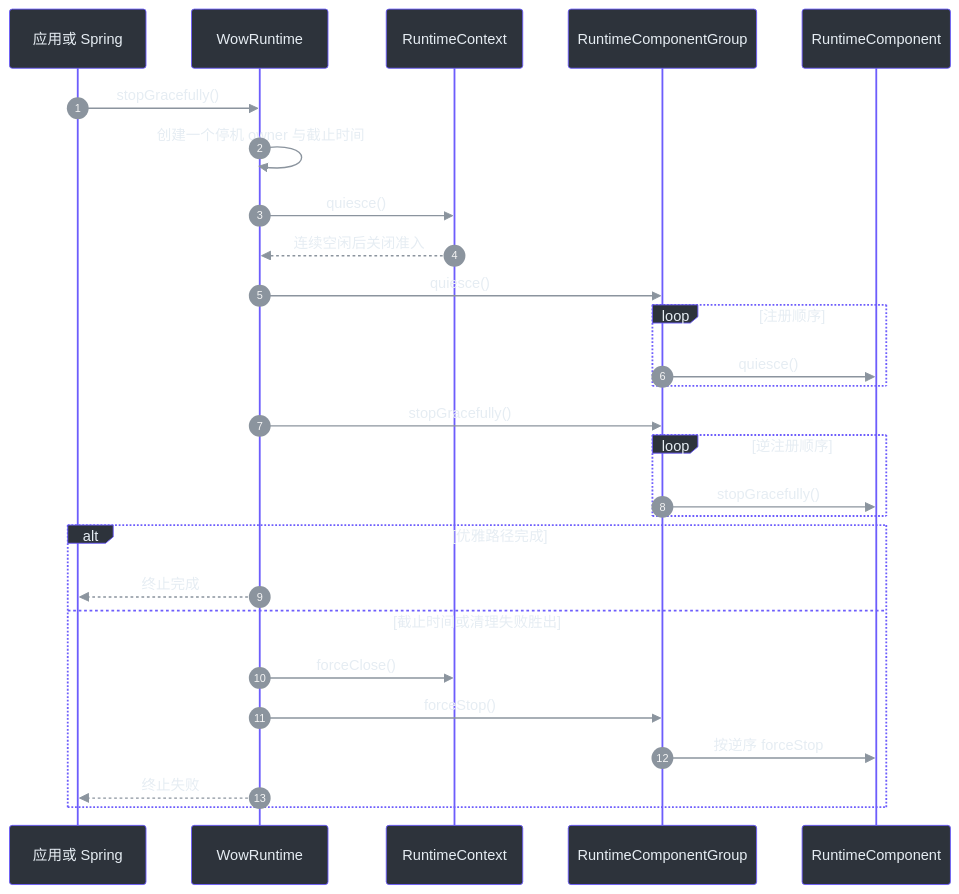
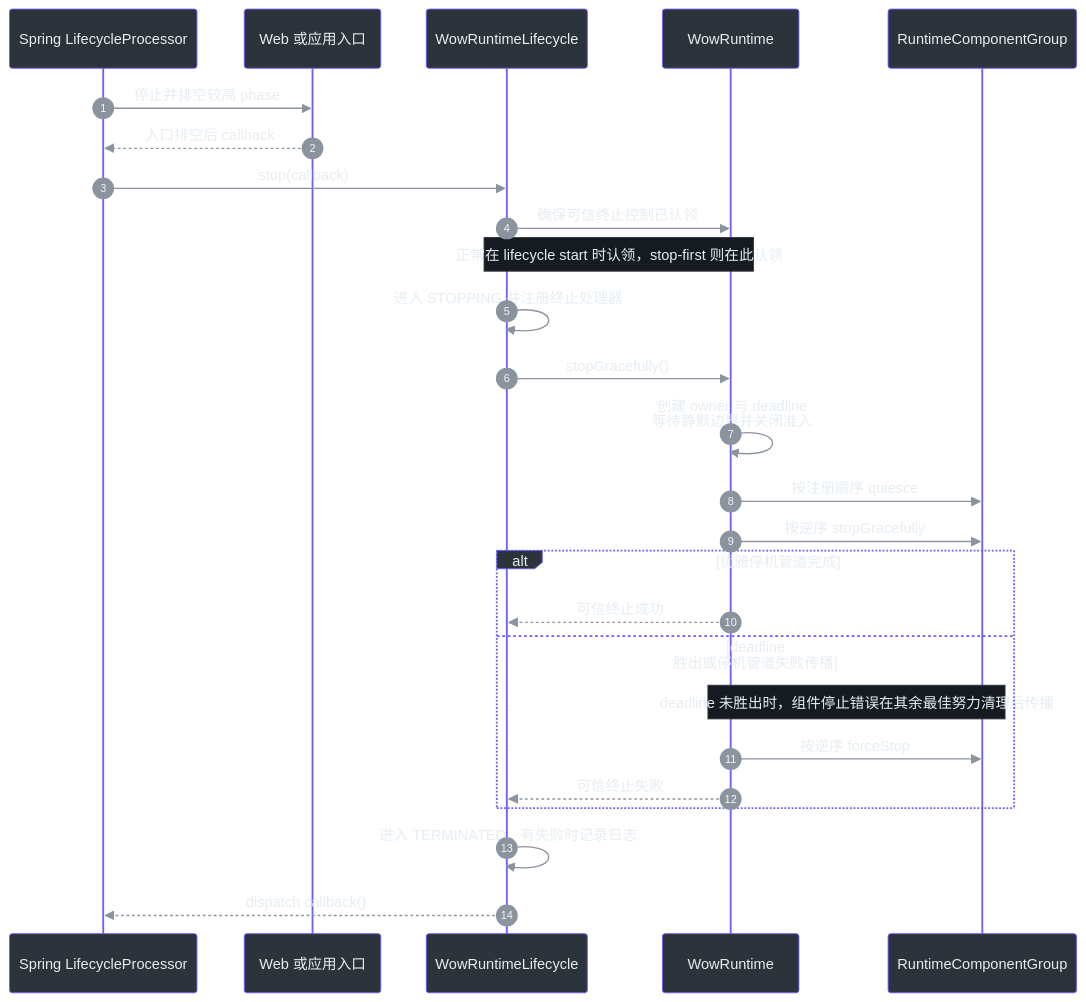
The fifth of 5 diagrams in documentation/docs/zh/guide/advanced/runtime-lifecycle.md (Ahoo-Wang/Wow), drawn with Mermaid before and after one commit. The commit also changed other lines of this file and 55 other files, not shown here.

````diff
--- a/documentation/docs/zh/guide/advanced/runtime-lifecycle.md
+++ b/documentation/docs/zh/guide/advanced/runtime-lifecycle.md
@@ -224,31 +260,30 @@
 ```mermaid
 %%{init: {"theme":"base","themeVariables":{"actorBkg":"#2d333b","actorBorder":"#6d5dfc","actorTextColor":"#e6edf3","signalColor":"#8b949e","signalTextColor":"#e6edf3","noteBkgColor":"#161b22","noteBorderColor":"#30363d","noteTextColor":"#e6edf3","labelBoxBkgColor":"#2d333b","labelBoxBorderColor":"#6d5dfc","labelTextColor":"#e6edf3"}}}%%
 sequenceDiagram
     autonumber
-    participant Owner as 应用或 Spring
+    participant Spring as Spring LifecycleProcessor
+    participant Ingress as Web 或应用入口
+    participant Lifecycle as WowRuntimeLifecycle
     participant Runtime as WowRuntime
-    participant Context as RuntimeContext
     participant Group as RuntimeComponentGroup
-    participant Components as RuntimeComponent
 
-    Owner->>Runtime: stopGracefully()
-    Runtime->>Runtime: 创建一个停机 owner 与截止时间
-    Runtime->>Context: quiesce()
-    Context-->>Runtime: 连续空闲后关闭准入
-    Runtime->>Group: quiesce()
-    loop 注册顺序
-        Group->>Components: quiesce()
+    Spring->>Ingress: 停止并排空较高 phase
+    Ingress-->>Spring: 入口排空后 callback
+    Spring->>Lifecycle: stop(callback)
+    Lifecycle->>Runtime: 确保可信终止控制已认领
+    Note over Lifecycle,Runtime: 正常在 lifecycle start 时认领，stop-first 则在此认领
+    Lifecycle->>Lifecycle: 进入 STOPPING 并注册终止处理器
+    Lifecycle->>Runtime: stopGracefully()
+    Runtime->>Runtime: 创建 owner 与 deadline<br/>等待静默边界并关闭准入
+    Runtime->>Group: 按注册顺序 quiesce
+    Runtime->>Group: 按逆序 stopGracefully
+    alt 优雅停机管道完成
+        Runtime-->>Lifecycle: 可信终止成功
+    else deadline 胜出或停机管道失败传播
+        Note over Runtime,Group: deadline 未胜出时，组件停止错误在其余最佳努力清理后传播
+        Runtime->>Group: 按逆序 forceStop
+        Runtime-->>Lifecycle: 可信终止失败
     end
-    Runtime->>Group: stopGracefully()
-    loop 逆注册顺序
-        Group->>Components: stopGracefully()
-    end
-    alt 优雅路径完成
-        Runtime-->>Owner: 终止完成
-    else 截止时间或清理失败胜出
-        Runtime->>Context: forceClose()
-        Runtime->>Group: forceStop()
-        Group->>Components: 按逆序 forceStop
-        Runtime-->>Owner: 终止失败
-    end
+    Lifecycle->>Lifecycle: 进入 TERMINATED，有失败时记录日志
+    Lifecycle-->>Spring: dispatch callback()
 ```
````
